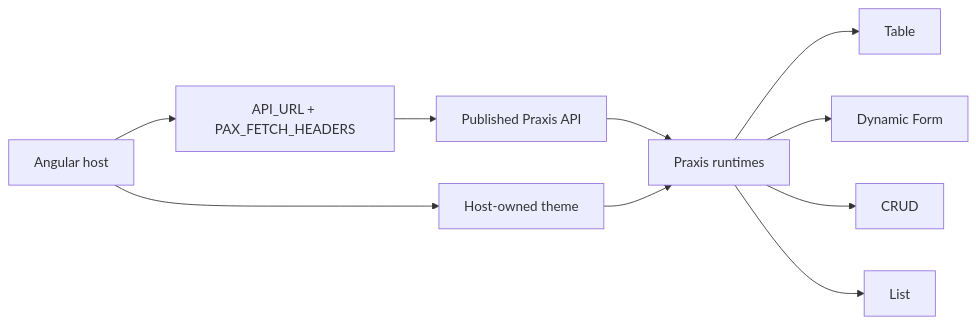
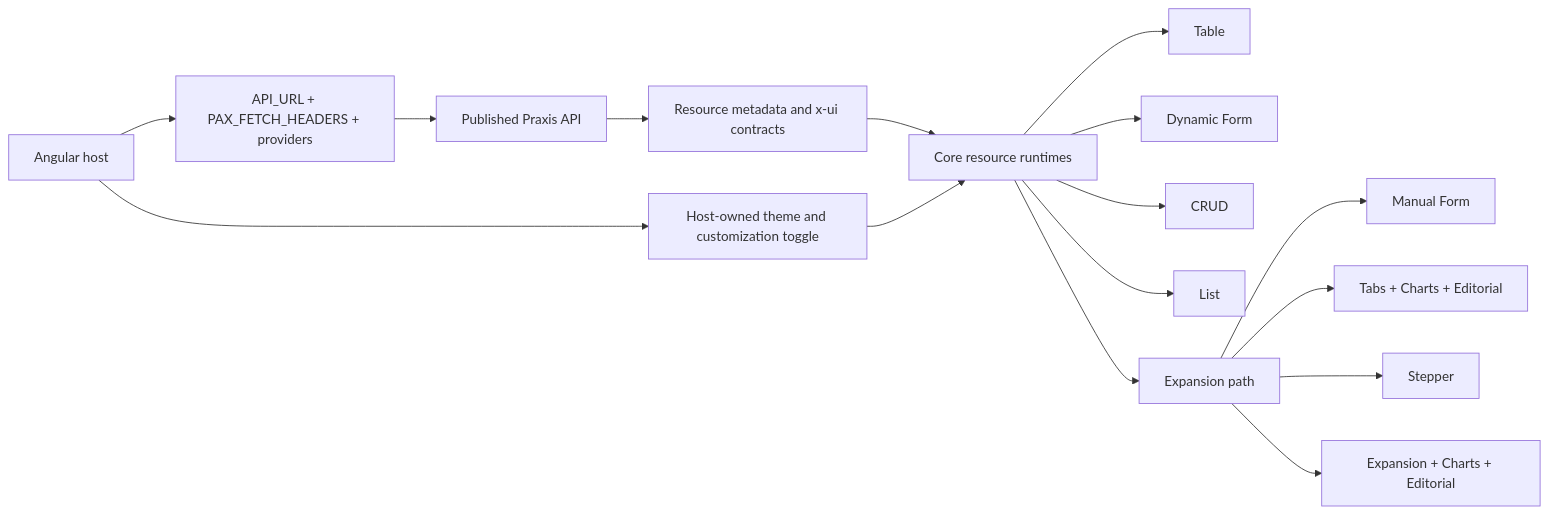
Before and after one commit to codexrodrigues/praxis-ui-quickstart: the diagram in README.md, drawn with Mermaid. The commit also changed other lines of this file and 6 other files, not shown here.

````diff
--- a/README.md
+++ b/README.md
@@ -102,12 +119,18 @@
 ```mermaid
 flowchart LR
-  A["Angular host"] --> B["API_URL + PAX_FETCH_HEADERS"]
-  B --> C["Published Praxis API"]
-  C --> D["Praxis runtimes"]
-  D --> E["Table"]
-  D --> F["Dynamic Form"]
-  D --> G["CRUD"]
-  D --> H["List"]
-  A --> I["Host-owned theme"]
-  I --> D
+  host["Angular host"] --> bootstrap["API_URL + PAX_FETCH_HEADERS + providers"]
+  bootstrap --> api["Published Praxis API"]
+  api --> metadata["Resource metadata and x-ui contracts"]
+  metadata --> core["Core resource runtimes"]
+  core --> table["Table"]
+  core --> form["Dynamic Form"]
+  core --> crud["CRUD"]
+  core --> list["List"]
+  host --> theme["Host-owned theme and customization toggle"]
+  theme --> core
+  core --> expansion["Expansion path"]
+  expansion --> manual["Manual Form"]
+  expansion --> tabs["Tabs + Charts + Editorial"]
+  expansion --> stepper["Stepper"]
+  expansion --> panels["Expansion + Charts + Editorial"]
 ```
````
